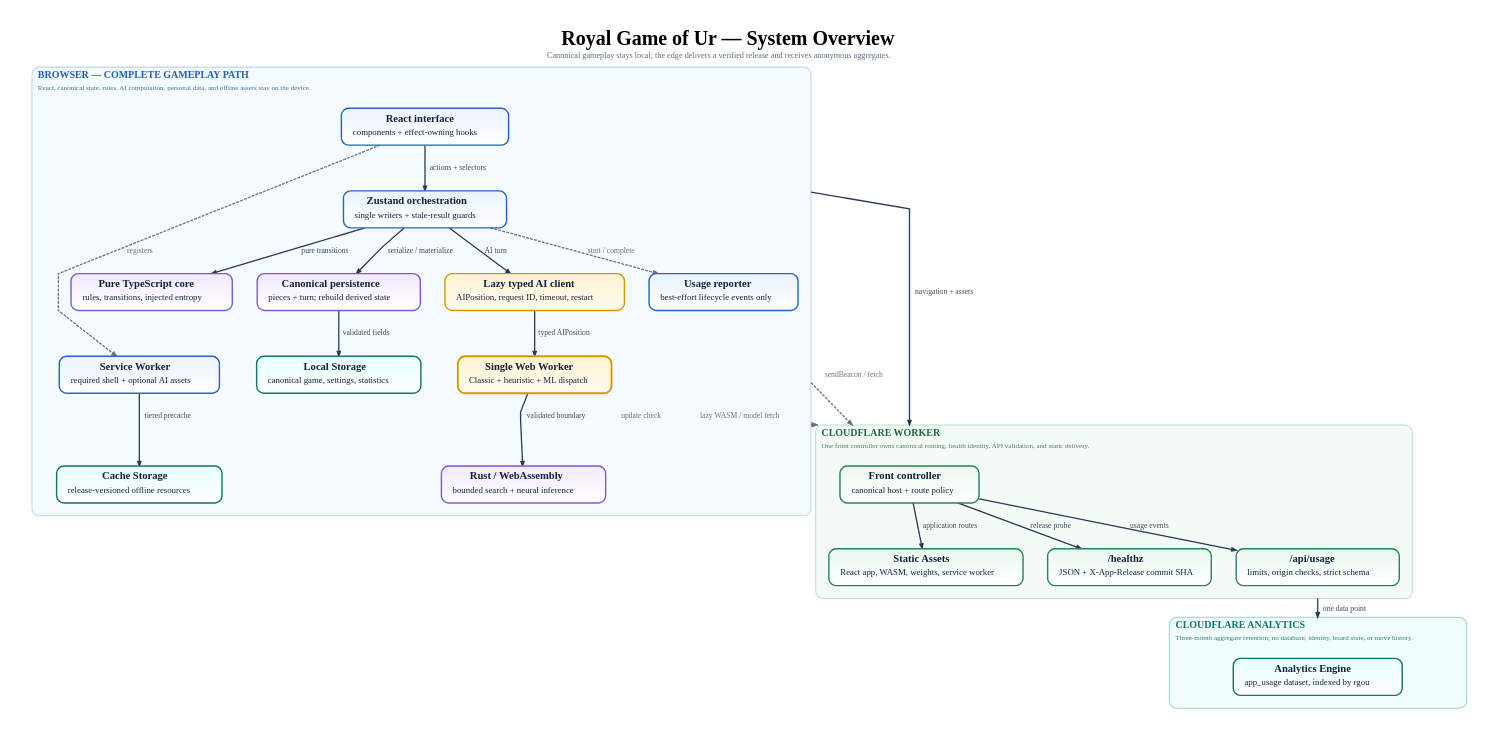
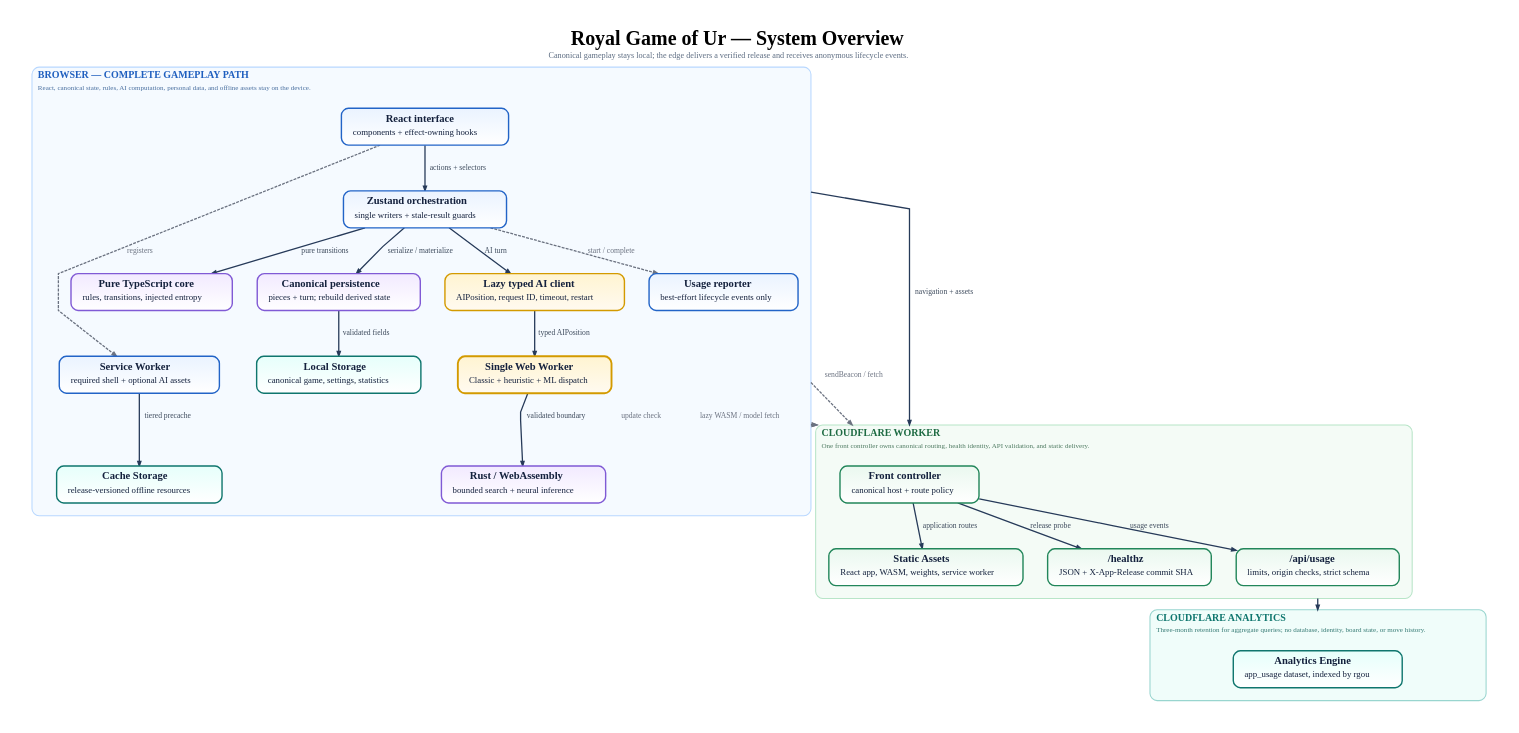
The diagram in docs/diagrams/system-overview.dot (tre-systems/rgou-cloudflare), drawn with Graphviz before and after one commit. The commit also changed 19 other files, not shown here.

```diff
--- a/docs/diagrams/system-overview.dot
+++ b/docs/diagrams/system-overview.dot
@@ -1,125 +1,125 @@
 digraph SystemOverview {
   graph [
     rankdir=TB,
     bgcolor="#ffffff",
     pad="0.55",
     nodesep="0.58",
     ranksep="0.88",
     splines=polyline,
     outputorder=edgesfirst,
     compound=true,
     newrank=true,
     forcelabels=true,
     fontname="Avenir",
-    label=<<TABLE BORDER="0" CELLBORDER="0" CELLSPACING="0" CELLPADDING="0"><TR><TD><FONT POINT-SIZE="34"><B>Royal Game of Ur — System Overview</B></FONT></TD></TR><TR><TD><FONT POINT-SIZE="14" COLOR="#5b6b80">Canonical gameplay stays local; the edge delivers a verified release and receives anonymous aggregates.</FONT></TD></TR></TABLE>>,
+    label=<<TABLE BORDER="0" CELLBORDER="0" CELLSPACING="0" CELLPADDING="0"><TR><TD><FONT POINT-SIZE="34"><B>Royal Game of Ur — System Overview</B></FONT></TD></TR><TR><TD><FONT POINT-SIZE="14" COLOR="#5b6b80">Canonical gameplay stays local; the edge delivers a verified release and receives anonymous lifecycle events.</FONT></TD></TR></TABLE>>,
     labelloc=t,
     labeljust=c
   ];
 
   node [
     shape=box,
     style="rounded,filled",
     margin="0.21,0.13",
     width=2.85,
     height=0.72,
     fontname="Avenir",
     fontsize=18,
     penwidth=2.4,
     fontcolor="#14213d",
     color="#2264c7",
     fillcolor="#eaf3ff:#ffffff",
     gradientangle=270
   ];
 
   edge [
     color="#263a59",
     fontname="Avenir",
     fontsize=13,
     fontcolor="#3d4a5c",
     penwidth=2.2,
     arrowsize=0.78
   ];
 
   subgraph cluster_browser {
     graph [
       label=<<TABLE BORDER="0" CELLBORDER="0" CELLSPACING="0" CELLPADDING="2"><TR><TD ALIGN="LEFT"><FONT POINT-SIZE="17" COLOR="#1f5fbf"><B>BROWSER — COMPLETE GAMEPLAY PATH</B></FONT></TD></TR><TR><TD ALIGN="LEFT"><FONT POINT-SIZE="12" COLOR="#496f9f">React, canonical state, rules, AI computation, personal data, and offline assets stay on the device.</FONT></TD></TR></TABLE>>,
       labelloc=t,
       labeljust=l,
       color="#b9d8ff",
       fillcolor="#f5faff",
       style="rounded,filled",
       penwidth=1.8,
       margin=22
     ];
 
     UI [label=<<TABLE BORDER="0" CELLBORDER="0" CELLSPACING="0" CELLPADDING="0"><TR><TD><B>React interface</B></TD></TR><TR><TD CELLPADDING="4"><FONT POINT-SIZE="15">components + effect-owning hooks</FONT></TD></TR></TABLE>>];
     STORE [label=<<TABLE BORDER="0" CELLBORDER="0" CELLSPACING="0" CELLPADDING="0"><TR><TD><B>Zustand orchestration</B></TD></TR><TR><TD CELLPADDING="4"><FONT POINT-SIZE="15">single writers + stale-result guards</FONT></TD></TR></TABLE>>];
     CORE [label=<<TABLE BORDER="0" CELLBORDER="0" CELLSPACING="0" CELLPADDING="0"><TR><TD><B>Pure TypeScript core</B></TD></TR><TR><TD CELLPADDING="4"><FONT POINT-SIZE="15">rules, transitions, injected entropy</FONT></TD></TR></TABLE>>, fillcolor="#f2eaff:#ffffff", color="#805ad5"];
     PROJECTION [label=<<TABLE BORDER="0" CELLBORDER="0" CELLSPACING="0" CELLPADDING="0"><TR><TD><B>Canonical persistence</B></TD></TR><TR><TD CELLPADDING="4"><FONT POINT-SIZE="15">pieces + turn; rebuild derived state</FONT></TD></TR></TABLE>>, fillcolor="#f2eaff:#ffffff", color="#805ad5"];
     CLIENT [label=<<TABLE BORDER="0" CELLBORDER="0" CELLSPACING="0" CELLPADDING="0"><TR><TD><B>Lazy typed AI client</B></TD></TR><TR><TD CELLPADDING="4"><FONT POINT-SIZE="15">AIPosition, request ID, timeout, restart</FONT></TD></TR></TABLE>>, fillcolor="#fff4d1:#fffaf0", color="#d39a00"];
     WORKER [label=<<TABLE BORDER="0" CELLBORDER="0" CELLSPACING="0" CELLPADDING="0"><TR><TD><B>Single Web Worker</B></TD></TR><TR><TD CELLPADDING="4"><FONT POINT-SIZE="15">Classic + heuristic + ML dispatch</FONT></TD></TR></TABLE>>, fillcolor="#fff4d1:#fffaf0", color="#d39a00", penwidth=3.2];
     WASM [label=<<TABLE BORDER="0" CELLBORDER="0" CELLSPACING="0" CELLPADDING="0"><TR><TD><B>Rust / WebAssembly</B></TD></TR><TR><TD CELLPADDING="4"><FONT POINT-SIZE="15">bounded search + neural inference</FONT></TD></TR></TABLE>>, fillcolor="#f2eaff:#ffffff", color="#805ad5"];
     USAGE [label=<<TABLE BORDER="0" CELLBORDER="0" CELLSPACING="0" CELLPADDING="0"><TR><TD><B>Usage reporter</B></TD></TR><TR><TD CELLPADDING="4"><FONT POINT-SIZE="15">best-effort lifecycle events only</FONT></TD></TR></TABLE>>];
     SW [label=<<TABLE BORDER="0" CELLBORDER="0" CELLSPACING="0" CELLPADDING="0"><TR><TD><B>Service Worker</B></TD></TR><TR><TD CELLPADDING="4"><FONT POINT-SIZE="15">required shell + optional AI assets</FONT></TD></TR></TABLE>>];
     LOCAL [label=<<TABLE BORDER="0" CELLBORDER="0" CELLSPACING="0" CELLPADDING="0"><TR><TD><B>Local Storage</B></TD></TR><TR><TD CELLPADDING="4"><FONT POINT-SIZE="15">canonical game, settings, statistics</FONT></TD></TR></TABLE>>, fillcolor="#e6fffb:#ffffff", color="#0f766e"];
     CACHE [label=<<TABLE BORDER="0" CELLBORDER="0" CELLSPACING="0" CELLPADDING="0"><TR><TD><B>Cache Storage</B></TD></TR><TR><TD CELLPADDING="4"><FONT POINT-SIZE="15">release-versioned offline resources</FONT></TD></TR></TABLE>>, fillcolor="#e6fffb:#ffffff", color="#0f766e"];
 
     UI -> STORE [label="actions + selectors"];
     STORE -> CORE [label="pure transitions"];
     STORE -> PROJECTION [label="serialize / materialize"];
     PROJECTION -> LOCAL [label="validated fields"];
     STORE -> CLIENT [label="AI turn"];
     CLIENT -> WORKER [label="typed AIPosition"];
     WORKER -> WASM [label="validated boundary"];
     STORE -> USAGE [label="start / complete", style=dashed, color="#6b7280", fontcolor="#6b7280"];
     UI -> SW [label="registers", style=dashed, color="#6b7280", fontcolor="#6b7280"];
     SW -> CACHE [label="tiered precache"];
 
     { rank=same; CORE; PROJECTION; CLIENT; USAGE; }
     { rank=same; LOCAL; WORKER; SW; }
   }
 
   subgraph cluster_edge {
     graph [
       label=<<TABLE BORDER="0" CELLBORDER="0" CELLSPACING="0" CELLPADDING="2"><TR><TD ALIGN="LEFT"><FONT POINT-SIZE="17" COLOR="#1e6b43"><B>CLOUDFLARE WORKER</B></FONT></TD></TR><TR><TD ALIGN="LEFT"><FONT POINT-SIZE="12" COLOR="#4e7a61">One front controller owns canonical routing, health identity, API validation, and static delivery.</FONT></TD></TR></TABLE>>,
       labelloc=t,
       labeljust=l,
       color="#b8e5c8",
       fillcolor="#f4fbf6",
       style="rounded,filled",
       penwidth=1.8,
       margin=22
     ];
 
     FRONT [label=<<TABLE BORDER="0" CELLBORDER="0" CELLSPACING="0" CELLPADDING="0"><TR><TD><B>Front controller</B></TD></TR><TR><TD CELLPADDING="4"><FONT POINT-SIZE="15">canonical host + route policy</FONT></TD></TR></TABLE>>, fillcolor="#eaf8ef:#ffffff", color="#22865a"];
     ASSETS [label=<<TABLE BORDER="0" CELLBORDER="0" CELLSPACING="0" CELLPADDING="0"><TR><TD><B>Static Assets</B></TD></TR><TR><TD CELLPADDING="4"><FONT POINT-SIZE="15">React app, WASM, weights, service worker</FONT></TD></TR></TABLE>>, fillcolor="#eaf8ef:#ffffff", color="#22865a"];
     HEALTH [label=<<TABLE BORDER="0" CELLBORDER="0" CELLSPACING="0" CELLPADDING="0"><TR><TD><B>/healthz</B></TD></TR><TR><TD CELLPADDING="4"><FONT POINT-SIZE="15">JSON + X-App-Release commit SHA</FONT></TD></TR></TABLE>>, fillcolor="#eaf8ef:#ffffff", color="#22865a"];
     API [label=<<TABLE BORDER="0" CELLBORDER="0" CELLSPACING="0" CELLPADDING="0"><TR><TD><B>/api/usage</B></TD></TR><TR><TD CELLPADDING="4"><FONT POINT-SIZE="15">limits, origin checks, strict schema</FONT></TD></TR></TABLE>>, fillcolor="#eaf8ef:#ffffff", color="#22865a"];
 
     FRONT -> ASSETS [label="application routes"];
     FRONT -> HEALTH [label="release probe"];
     FRONT -> API [label="usage events"];
     { rank=same; ASSETS; HEALTH; API; }
   }
 
   subgraph cluster_cloud_data {
     graph [
-      label=<<TABLE BORDER="0" CELLBORDER="0" CELLSPACING="0" CELLPADDING="2"><TR><TD ALIGN="LEFT"><FONT POINT-SIZE="17" COLOR="#0f766e"><B>CLOUDFLARE ANALYTICS</B></FONT></TD></TR><TR><TD ALIGN="LEFT"><FONT POINT-SIZE="12" COLOR="#357a74">Three-month aggregate retention; no database, identity, board state, or move history.</FONT></TD></TR></TABLE>>,
+      label=<<TABLE BORDER="0" CELLBORDER="0" CELLSPACING="0" CELLPADDING="2"><TR><TD ALIGN="LEFT"><FONT POINT-SIZE="17" COLOR="#0f766e"><B>CLOUDFLARE ANALYTICS</B></FONT></TD></TR><TR><TD ALIGN="LEFT"><FONT POINT-SIZE="12" COLOR="#357a74">Three-month retention for aggregate queries; no database, identity, board state, or move history.</FONT></TD></TR></TABLE>>,
       labelloc=t,
       labeljust=l,
       color="#99d5cf",
       fillcolor="#f0fdfa",
       style="rounded,filled",
       penwidth=1.8,
       margin=22
     ];
 
     ANALYTICS [label=<<TABLE BORDER="0" CELLBORDER="0" CELLSPACING="0" CELLPADDING="0"><TR><TD><B>Analytics Engine</B></TD></TR><TR><TD CELLPADDING="4"><FONT POINT-SIZE="15">app_usage dataset, indexed by rgou</FONT></TD></TR></TABLE>>, fillcolor="#e6fffb:#ffffff", color="#0f766e"];
   }
 
   UI -> FRONT [label="navigation + assets", ltail=cluster_browser, lhead=cluster_edge];
   WORKER -> FRONT [label="lazy WASM / model fetch", ltail=cluster_browser, lhead=cluster_edge, style=dashed, color="#6b7280", fontcolor="#6b7280"];
   SW -> FRONT [label="update check", ltail=cluster_browser, lhead=cluster_edge, style=dashed, color="#6b7280", fontcolor="#6b7280"];
   USAGE -> FRONT [label="sendBeacon / fetch", ltail=cluster_browser, lhead=cluster_edge, style=dashed, color="#6b7280", fontcolor="#6b7280"];
-  API -> ANALYTICS [label="one data point", ltail=cluster_edge, lhead=cluster_cloud_data];
+  API -> ANALYTICS [ltail=cluster_edge, lhead=cluster_cloud_data];
 }
```
